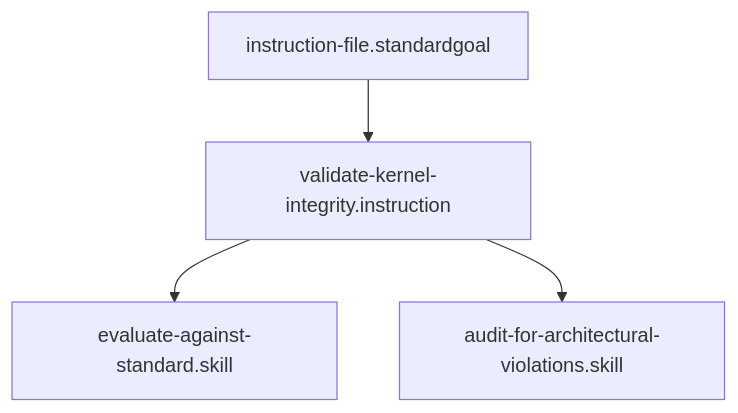
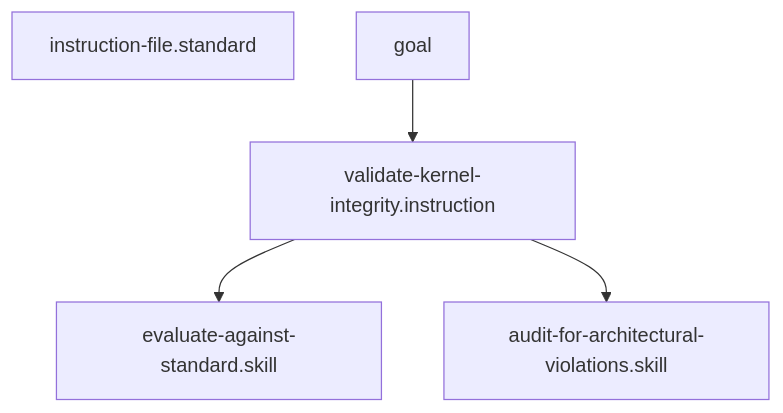
One commit to Gizmo4Life/ai-kernel changed the diagram in instructions/validate-kernel-integrity.instruction.md. Above: the diagram before and after it, drawn with Mermaid. The commit also changed other lines of this file and 101 other files, not shown here.

````diff
--- a/instructions/validate-kernel-integrity.instruction.md
+++ b/instructions/validate-kernel-integrity.instruction.md
@@ -27,6 +27,7 @@
 ```mermaid
 graph TD
-    instruction-file.standardgoal --> validate-kernel-integrity.instruction
+    instruction-file.standard
+goal --> validate-kernel-integrity.instruction
     validate-kernel-integrity.instruction --> evaluate-against-standard[evaluate-against-standard.skill]
     validate-kernel-integrity.instruction --> audit-for-architectural-violations[audit-for-architectural-violations.skill]
 ```
````
